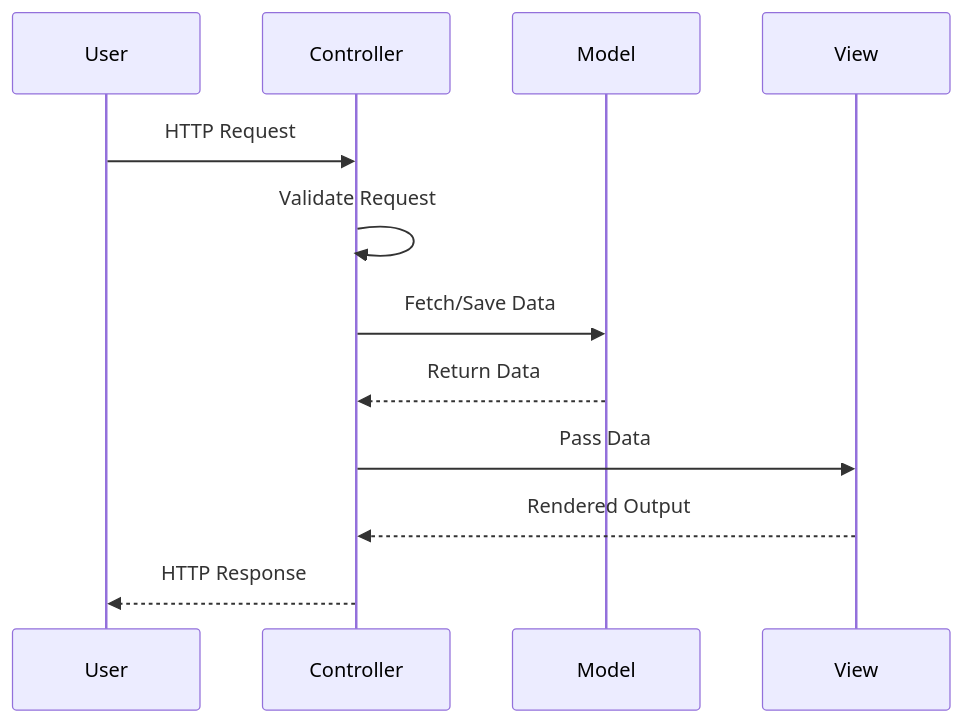
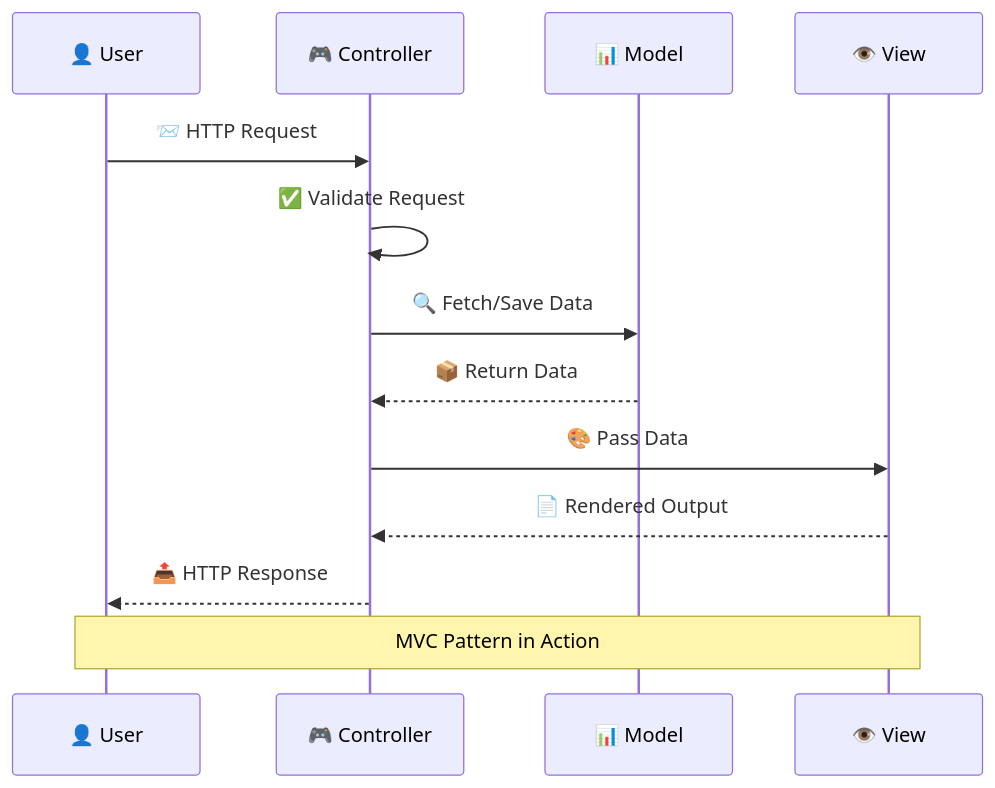
One commit to abhayraj-ops/Cake-Learn changed the fourth of 6 diagrams in docs/01-cakephp-at-a-glance.md. Above: the diagram before and after it, drawn with Mermaid. The commit also changed other lines of this file, not shown here.

First line of the commit message:
Improve Mermaid diagrams in 01-cakephp-at-a-glance.md with dark styling

````diff
--- a/docs/01-cakephp-at-a-glance.md
+++ b/docs/01-cakephp-at-a-glance.md
@@ -195,15 +241,17 @@
 ```mermaid
 sequenceDiagram
-    participant User
-    participant Controller
-    participant Model
-    participant View
+    participant User as 👤 User
+    participant Controller as 🎮 Controller
+    participant Model as 📊 Model
+    participant View as 👁️ View
 
-    User->>Controller: HTTP Request
-    Controller->>Controller: Validate Request
-    Controller->>Model: Fetch/Save Data
-    Model-->>Controller: Return Data
-    Controller->>View: Pass Data
-    View-->>Controller: Rendered Output
-    Controller-->>User: HTTP Response
+    User->>Controller: 📨 HTTP Request
+    Controller->>Controller: ✅ Validate Request
+    Controller->>Model: 🔍 Fetch/Save Data
+    Model-->>Controller: 📦 Return Data
+    Controller->>View: 🎨 Pass Data
+    View-->>Controller: 📄 Rendered Output
+    Controller-->>User: 📤 HTTP Response
+
+    Note over User,View: MVC Pattern in Action
 ```
````
